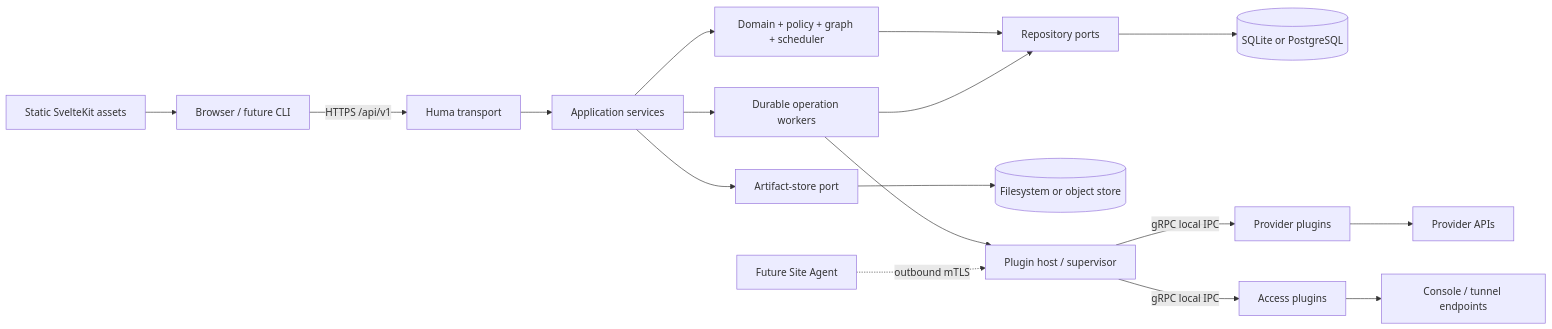
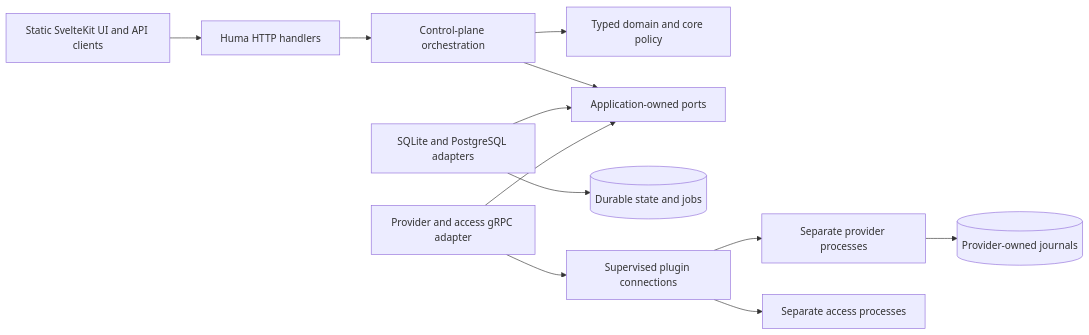
Before and after one commit to OutboundSpade/LabCentral: the diagram in docs/design/architecture.md, drawn with Mermaid. The commit also changed other lines of this file and 125 other files, not shown here.

Commit message:
refactor: enable independent providers and simplify application boundaries

````diff
--- a/docs/design/architecture.md
+++ b/docs/design/architecture.md
@@ -7,19 +5,14 @@
 ```mermaid
 flowchart LR
-  U[Browser / future CLI] -->|HTTPS /api/v1| H[Huma transport]
-  H --> A[Application services]
-  A --> D[Domain + policy + graph + scheduler]
-  A --> J[Durable operation workers]
-  D --> R[Repository ports]
-  J --> R
-  R --> DB[(SQLite or PostgreSQL)]
-  A --> S[Artifact-store port]
-  S --> AR[(Filesystem or object store)]
-  J --> PH[Plugin host / supervisor]
-  PH -->|gRPC local IPC| P[Provider plugins]
-  PH -->|gRPC local IPC| X[Access plugins]
-  P --> PV[Provider APIs]
-  X --> AP[Console / tunnel endpoints]
-  SA[Future Site Agent] -. outbound mTLS .-> PH
-  WEB[Static SvelteKit assets] --> U
+  UI[Static SvelteKit UI and API clients] --> HTTP[Huma HTTP handlers]
+  HTTP --> APP[Control-plane orchestration]
+  APP --> DOMAIN[Typed domain and core policy]
+  APP --> PORTS[Application-owned ports]
+  SQL[SQLite and PostgreSQL adapters] --> PORTS
+  RPC[Provider and access gRPC adapter] --> PORTS
+  SQL --> DB[(Durable state and jobs)]
+  RPC --> HOST[Supervised plugin connections]
+  HOST --> PROVIDERS[Separate provider processes]
+  HOST --> ACCESS[Separate access processes]
+  PROVIDERS --> JOURNAL[(Provider-owned journals)]
 ```
````
